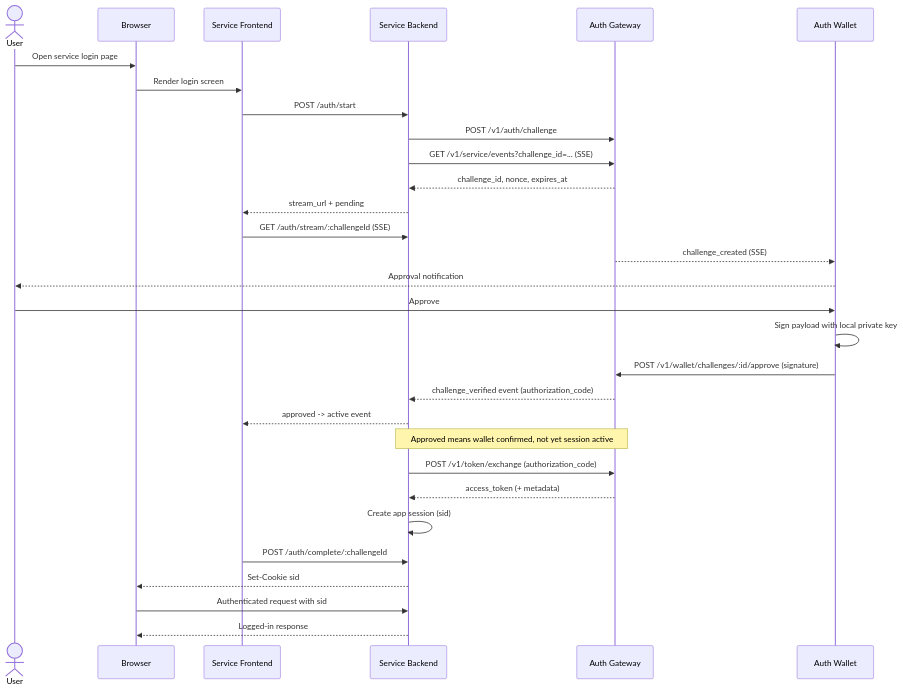
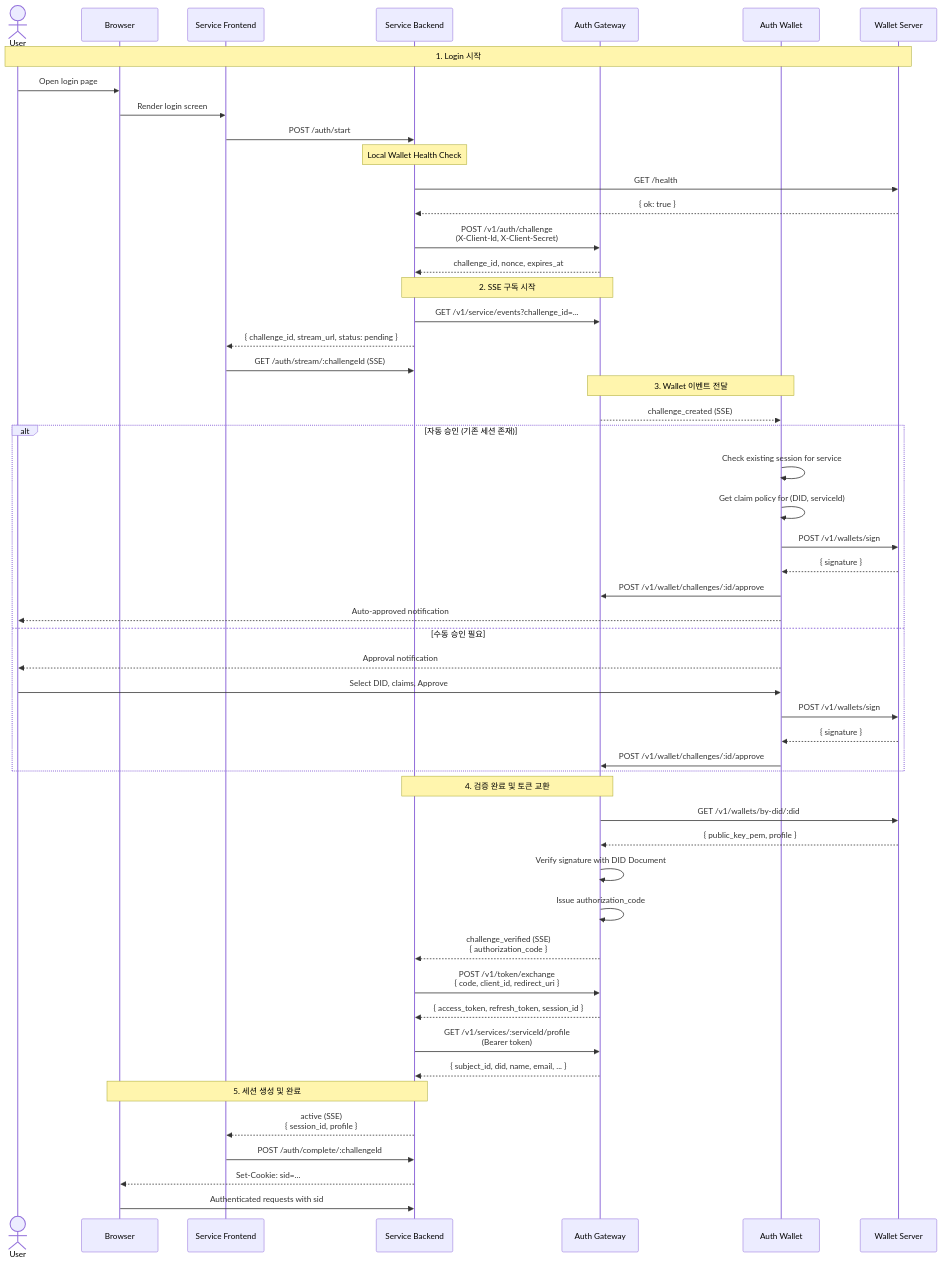
The third of 9 diagrams in ARCHITECTURE.md (superwhyun/MiID), drawn with Mermaid before and after one commit. The commit also changed other lines of this file and 4 other files, not shown here.

Commit message:
docs: update architecture and protocol documents, and refine wallet UI structure

````diff
--- a/ARCHITECTURE.md
+++ b/ARCHITECTURE.md
@@ -34,33 +72,64 @@
 ```mermaid
 sequenceDiagram
     actor User
     participant Browser
     participant Frontend as Service Frontend
     participant Backend as Service Backend
     participant Gateway as Auth Gateway
     participant Wallet as Auth Wallet
+    participant WalletServer as Wallet Server
 
-    User->>Browser: Open service login page
+    Note over User,WalletServer: 1. Login 시작
+    User->>Browser: Open login page
     Browser->>Frontend: Render login screen
     Frontend->>Backend: POST /auth/start
-    Backend->>Gateway: POST /v1/auth/challenge
-    Backend->>Gateway: GET /v1/service/events?challenge_id=... (SSE)
+
+    Note over Backend: Local Wallet Health Check
+    Backend->>WalletServer: GET /health
+    WalletServer-->>Backend: { ok: true }
+
+    Backend->>Gateway: POST /v1/auth/challenge<br/>(X-Client-Id, X-Client-Secret)
     Gateway-->>Backend: challenge_id, nonce, expires_at
-    Backend-->>Frontend: stream_url + pending
+
+    Note over Backend,Gateway: 2. SSE 구독 시작
+    Backend->>Gateway: GET /v1/service/events?challenge_id=...
+    Backend-->>Frontend: { challenge_id, stream_url, status: pending }
     Frontend->>Backend: GET /auth/stream/:challengeId (SSE)
+
+    Note over Gateway,Wallet: 3. Wallet 이벤트 전달
     Gateway-->>Wallet: challenge_created (SSE)
-    Wallet-->>User: Approval notification
-    User->>Wallet: Approve
-    Wallet->>Wallet: Sign payload with local private key
-    Wallet->>Gateway: POST /v1/wallet/challenges/:id/approve (signature)
-    Gateway-->>Backend: challenge_verified event (authorization_code)
-    Backend-->>Frontend: approved -> active event
-    Note over Gateway,Backend: Approved means wallet confirmed, not yet session active
-    Backend->>Gateway: POST /v1/token/exchange (authorization_code)
-    Gateway-->>Backend: access_token (+ metadata)
-    Backend->>Backend: Create app session (sid)
+
+    alt 자동 승인 (기존 세션 존재)
+        Wallet->>Wallet: Check existing session for service
+        Wallet->>Wallet: Get claim policy for (DID, serviceId)
+        Wallet->>WalletServer: POST /v1/wallets/sign
+        WalletServer-->>Wallet: { signature }
+        Wallet->>Gateway: POST /v1/wallet/challenges/:id/approve
+        Wallet-->>User: Auto-approved notification
+    else 수동 승인 필요
+        Wallet-->>User: Approval notification
+        User->>Wallet: Select DID, claims, Approve
+        Wallet->>WalletServer: POST /v1/wallets/sign
+        WalletServer-->>Wallet: { signature }
+        Wallet->>Gateway: POST /v1/wallet/challenges/:id/approve
+    end
+
+    Note over Gateway,Backend: 4. 검증 완료 및 토큰 교환
+    Gateway->>WalletServer: GET /v1/wallets/by-did/:did
+    WalletServer-->>Gateway: { public_key_pem, profile }
+    Gateway->>Gateway: Verify signature with DID Document
+    Gateway->>Gateway: Issue authorization_code
+    Gateway-->>Backend: challenge_verified (SSE)<br/>{ authorization_code }
+
+    Backend->>Gateway: POST /v1/token/exchange<br/>{ code, client_id, redirect_uri }
+    Gateway-->>Backend: { access_token, refresh_token, session_id }
+
+    Backend->>Gateway: GET /v1/services/:serviceId/profile<br/>(Bearer token)
+    Gateway-->>Backend: { subject_id, did, name, email, ... }
+
+    Note over Backend,Browser: 5. 세션 생성 및 완료
+    Backend-->>Frontend: active (SSE)<br/>{ session_id, profile }
     Frontend->>Backend: POST /auth/complete/:challengeId
-    Backend-->>Browser: Set-Cookie sid
-    Browser->>Backend: Authenticated request with sid
-    Backend-->>Browser: Logged-in response
+    Backend-->>Browser: Set-Cookie: sid=...
+    Browser->>Backend: Authenticated requests with sid
 ```
````
